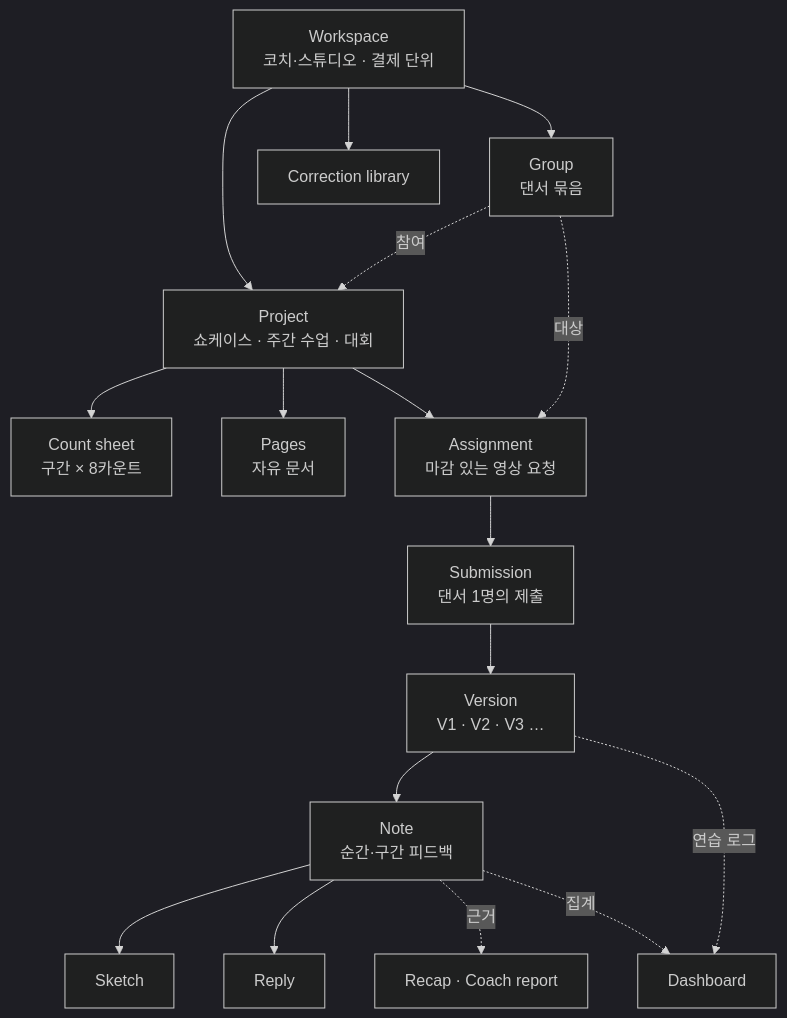
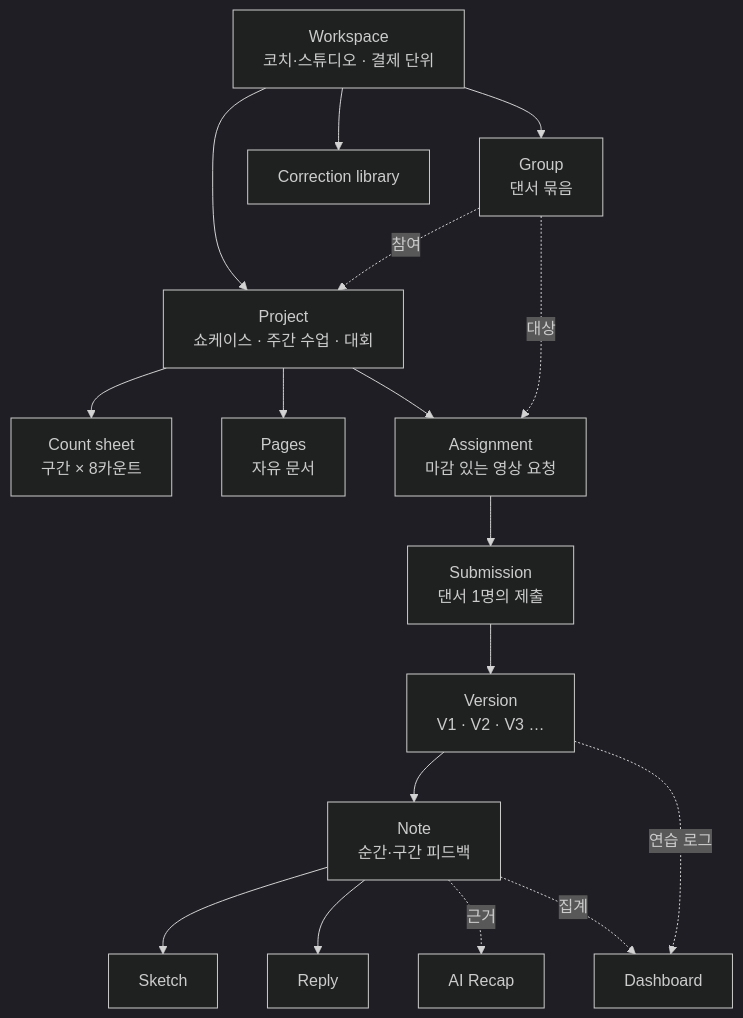
One commit to hope13710/dancerly changed the first of 8 diagrams in docs/02-service-structure.md. Above: the diagram before and after it, drawn with Mermaid (dark theme). The commit also changed other lines of this file and 13 other files, not shown here.

````diff
--- a/docs/02-service-structure.md
+++ b/docs/02-service-structure.md
@@ -5,20 +5,20 @@
 ```mermaid
 flowchart TB
   WS[Workspace<br/>코치·스튜디오 · 결제 단위]
   WS --> PJ[Project<br/>쇼케이스 · 주간 수업 · 대회]
   WS --> GR[Group<br/>댄서 묶음]
   WS --> LIB[Correction library]
   PJ --> CS[Count sheet<br/>구간 × 8카운트]
   PJ --> PG[Pages<br/>자유 문서]
   PJ --> AS[Assignment<br/>마감 있는 영상 요청]
   AS --> SB[Submission<br/>댄서 1명의 제출]
   SB --> VR[Version<br/>V1 · V2 · V3 …]
   VR --> NT[Note<br/>순간·구간 피드백]
   NT --> SK[Sketch]
   NT --> RP[Reply]
   GR -. 참여 .-> PJ
   GR -. 대상 .-> AS
-  NT -. 근거 .-> RPT[Recap · Coach report]
+  NT -. 근거 .-> RPT[AI Recap]
   NT -. 집계 .-> DB[Dashboard]
   VR -. 연습 로그 .-> DB
 ```
````
